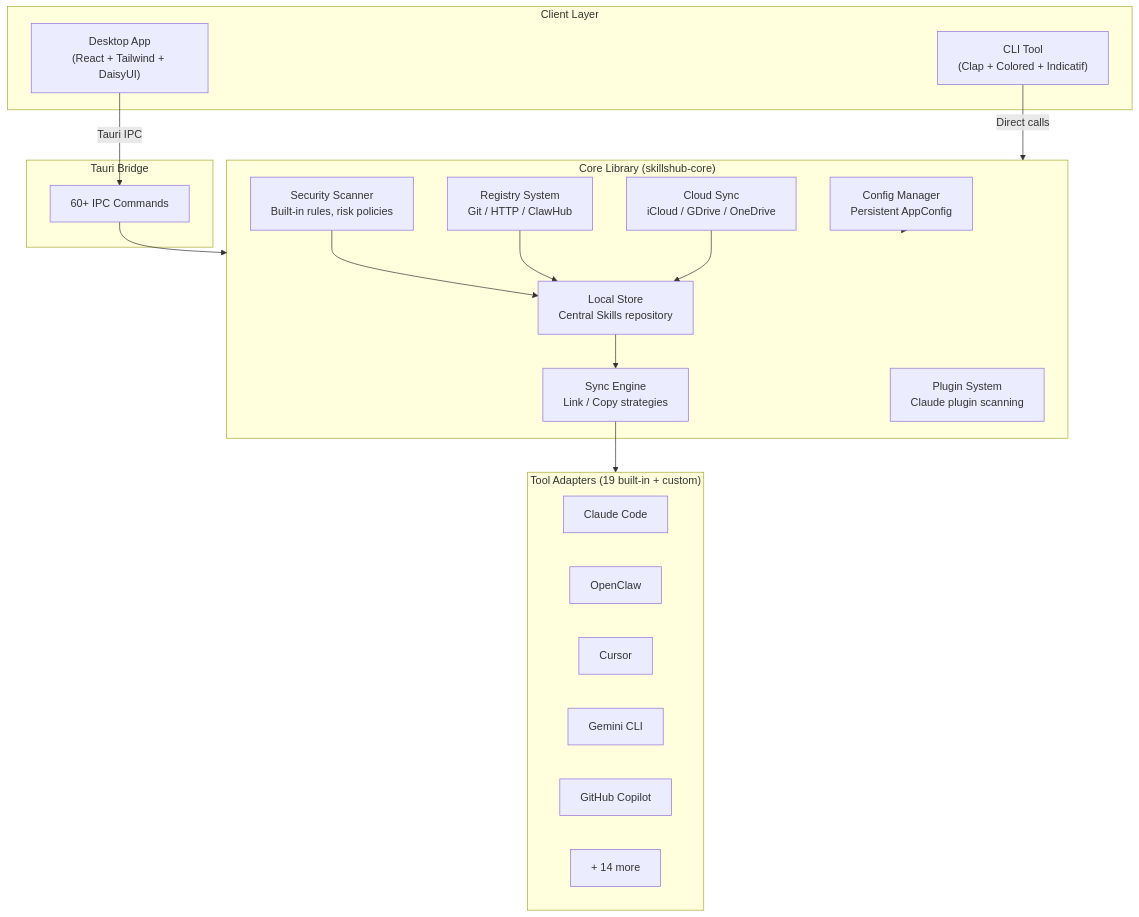
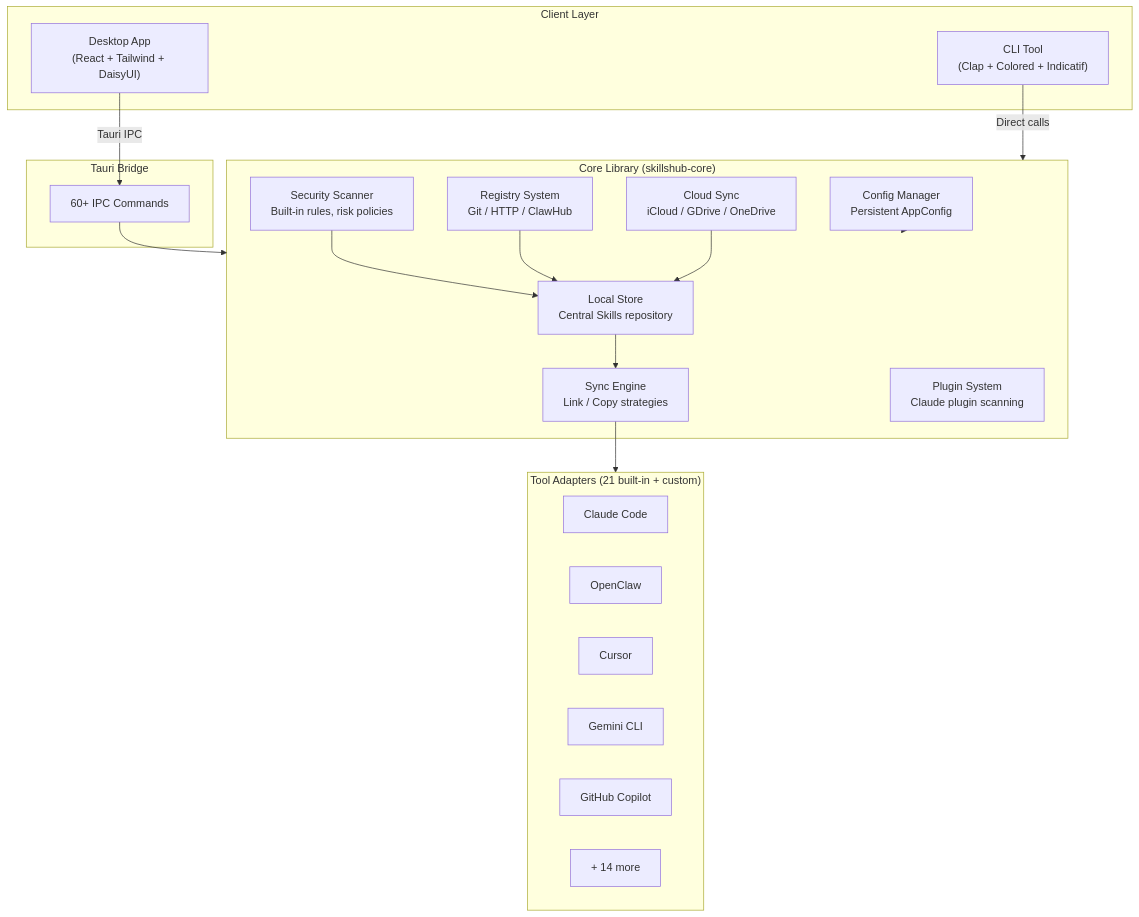
The diagram in README.md (shiwenwen/SkillsHub), drawn with Mermaid before and after one commit. The commit also changed other lines of this file and 7 other files, not shown here.

First line of the commit message:
feat: add Cline and Kiro tool adapters for Skill directory sync

````diff
--- a/README.md
+++ b/README.md
@@ -109,41 +111,41 @@
 ```mermaid
 graph TB
     subgraph Client["Client Layer"]
         UI["Desktop App<br/>(React + Tailwind + DaisyUI)"]
         CLI["CLI Tool<br/>(Clap + Colored + Indicatif)"]
     end
 
     subgraph Tauri["Tauri Bridge"]
         CMD["60+ IPC Commands"]
     end
 
     subgraph Core["Core Library (skillshub-core)"]
         Store["Local Store<br/>Central Skills repository"]
         Sync["Sync Engine<br/>Link / Copy strategies"]
         Scanner["Security Scanner<br/>Built-in rules, risk policies"]
         Registry["Registry System<br/>Git / HTTP / ClawHub"]
         Cloud["Cloud Sync<br/>iCloud / GDrive / OneDrive"]
         Plugins["Plugin System<br/>Claude plugin scanning"]
         Config["Config Manager<br/>Persistent AppConfig"]
     end
 
-    subgraph Adapters["Tool Adapters (19 built-in + custom)"]
+    subgraph Adapters["Tool Adapters (21 built-in + custom)"]
         direction LR
         A1["Claude Code"]
         A2["OpenClaw"]
         A3["Cursor"]
         A4["Gemini CLI"]
         A5["GitHub Copilot"]
         A6["+ 14 more"]
     end
 
     UI -->|Tauri IPC| CMD
     CLI -->|Direct calls| Core
     CMD --> Core
     Store --> Sync
     Sync --> Adapters
     Registry --> Store
     Scanner --> Store
     Cloud --> Store
     Config --> Core
 ```
````
